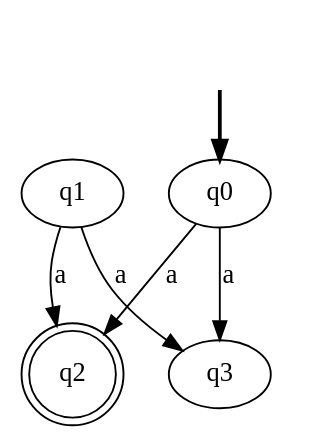
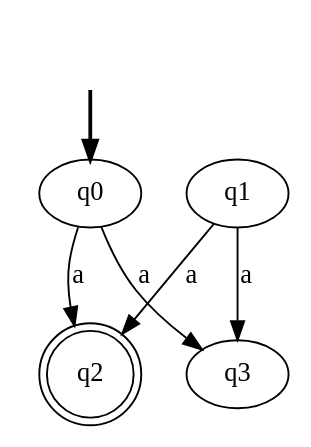
The diagram in input.dot (madjique/Les-automates), drawn with Graphviz before and after one commit. The commit also changed other lines of this file and 1 other file, not shown here.

```diff
--- a/input.dot
+++ b/input.dot
@@ -1,12 +1,12 @@
 digraph {
 	fake0 [style=invisible]
-	q1
 	q0 [root=true]
 	q2 [shape=doublecircle]
+	q1
 	q3
 	fake0 -> q0 [style=bold]
 	q1 -> q2 [label=a]
 	q1 -> q3 [label=a]
 	q0 -> q2 [label=a]
 	q0 -> q3 [label=a]
 }
```
